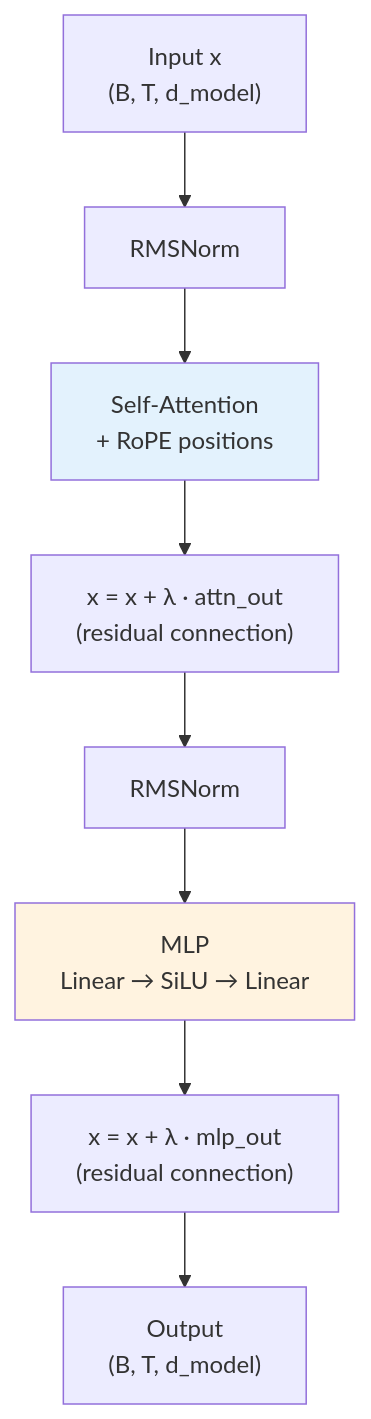
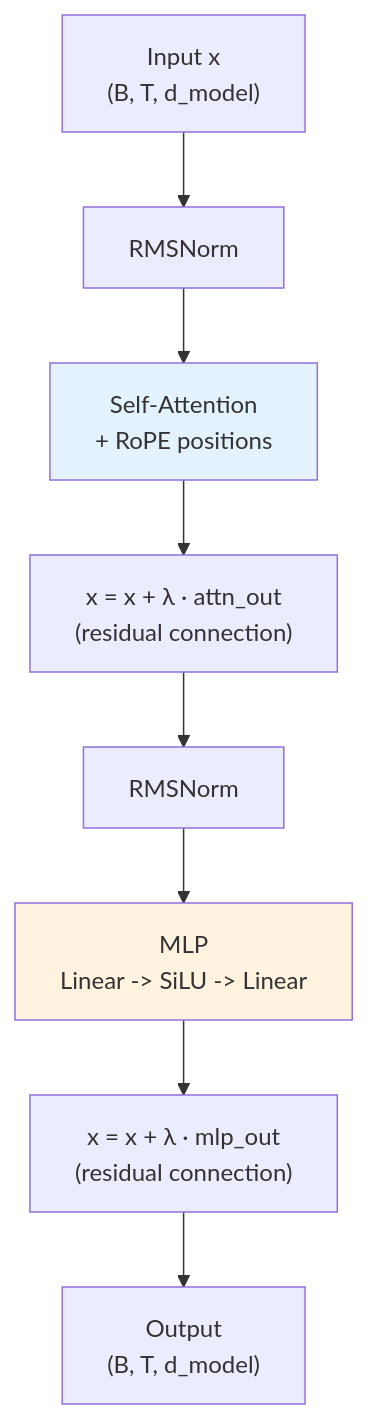
Before and after one commit to meever/nanochat: the third of 6 diagrams in learn/11_quick_walkthrough.md, drawn with Mermaid. The commit also changed other lines of this file and 11 other files, not shown here.

````diff
--- a/learn/11_quick_walkthrough.md
+++ b/learn/11_quick_walkthrough.md
@@ -174,12 +174,12 @@
 ```mermaid
 flowchart TD
     IN["Input x\n(B, T, d_model)"] --> NORM1["RMSNorm"]
     NORM1 --> ATT["Self-Attention\n+ RoPE positions"]
     ATT --> ADD1["x = x + λ · attn_out\n(residual connection)"]
     ADD1 --> NORM2["RMSNorm"]
-    NORM2 --> MLP["MLP\nLinear → SiLU → Linear"]
+    NORM2 --> MLP["MLP\nLinear -> SiLU -> Linear"]
     MLP --> ADD2["x = x + λ · mlp_out\n(residual connection)"]
     ADD2 --> OUT["Output\n(B, T, d_model)"]
     style ATT fill:#e3f2fd
     style MLP fill:#fff3e0
 ```
````
